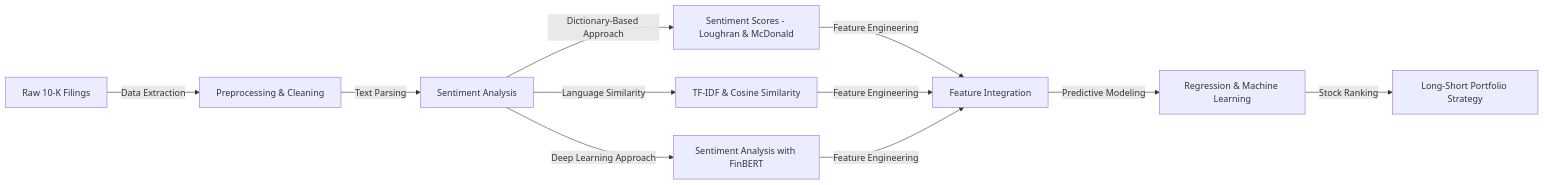
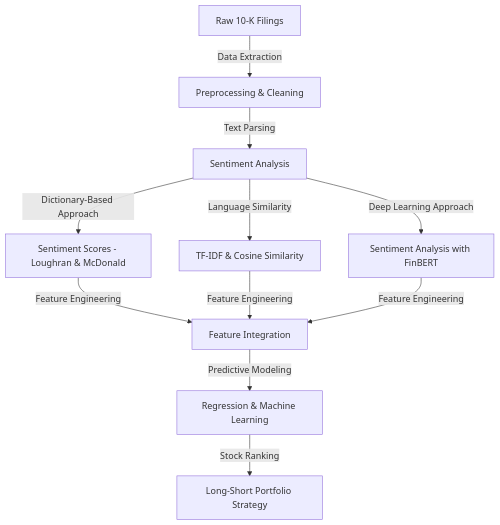
The diagram in README.md (bout-nathan/data_analyis_in_finance), drawn with Mermaid before and after one commit.

````diff
--- a/README.md
+++ b/README.md
@@ -3,17 +3,16 @@
 ```mermaid
-graph LR;
+graph TD;
     A[Raw 10-K Filings] -->|Data Extraction| B[Preprocessing & Cleaning];
     B -->|Text Parsing| C[Sentiment Analysis];
-    
+
     C -->|Dictionary-Based Approach| D1[Sentiment Scores - Loughran & McDonald];
     C -->|Language Similarity| D2[TF-IDF & Cosine Similarity];
     C -->|Deep Learning Approach| D3[Sentiment Analysis with FinBERT];
 
     D1 -->|Feature Engineering| E[Feature Integration];
     D2 -->|Feature Engineering| E;
     D3 -->|Feature Engineering| E;
 
     E -->|Predictive Modeling| F[Regression & Machine Learning];
     F -->|Stock Ranking| G[Long-Short Portfolio Strategy];
-
 ```
````
